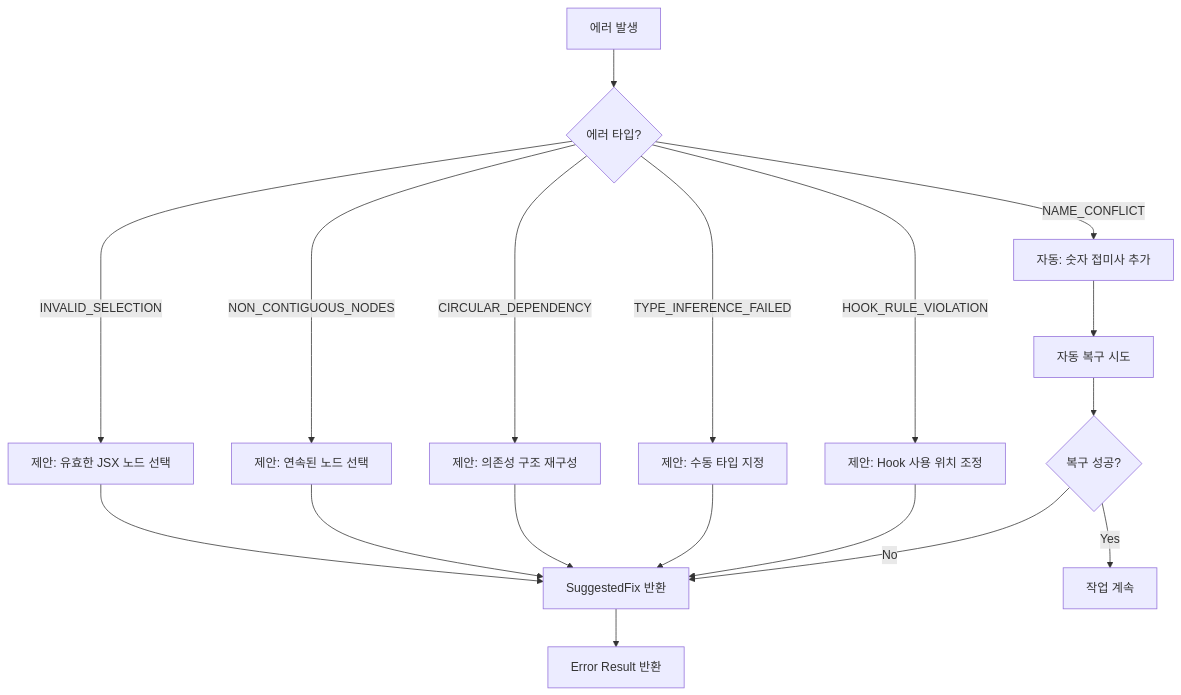
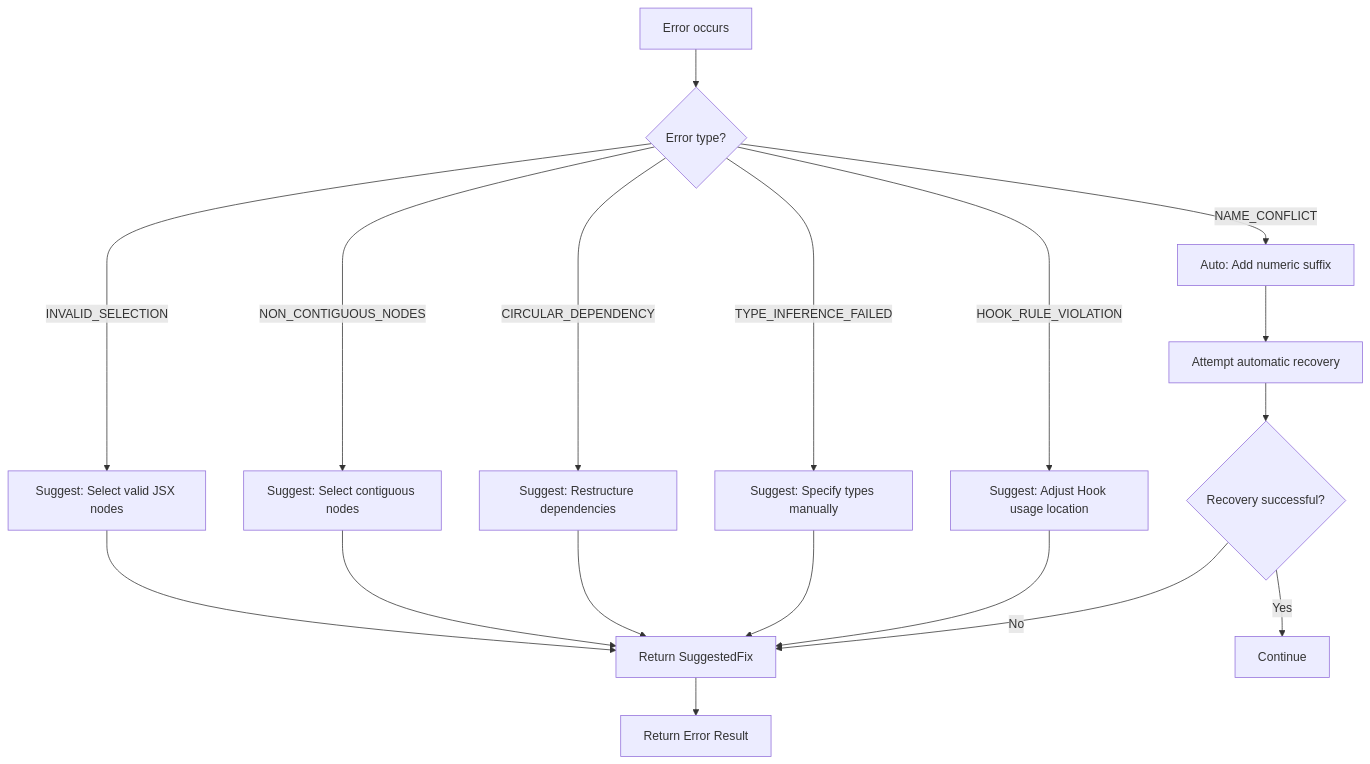
The ninth of 13 diagrams in .claude/specs/jsx-extract/design.md (wickedev/regrafter), drawn with Mermaid before and after one commit. The commit also changed other lines of this file and 86 other files, not shown here.

````diff
--- a/.claude/specs/jsx-extract/design.md
+++ b/.claude/specs/jsx-extract/design.md
@@ -888,24 +888,24 @@
 ```mermaid
 flowchart TD
-    A[에러 발생] --> B{에러 타입?}
+    A[Error occurs] --> B{Error type?}
 
-    B -->|INVALID_SELECTION| C[제안: 유효한 JSX 노드 선택]
-    B -->|NON_CONTIGUOUS_NODES| D[제안: 연속된 노드 선택]
-    B -->|CIRCULAR_DEPENDENCY| E[제안: 의존성 구조 재구성]
-    B -->|TYPE_INFERENCE_FAILED| F[제안: 수동 타입 지정]
-    B -->|NAME_CONFLICT| G[자동: 숫자 접미사 추가]
-    B -->|HOOK_RULE_VIOLATION| H[제안: Hook 사용 위치 조정]
+    B -->|INVALID_SELECTION| C[Suggest: Select valid JSX nodes]
+    B -->|NON_CONTIGUOUS_NODES| D[Suggest: Select contiguous nodes]
+    B -->|CIRCULAR_DEPENDENCY| E[Suggest: Restructure dependencies]
+    B -->|TYPE_INFERENCE_FAILED| F[Suggest: Specify types manually]
+    B -->|NAME_CONFLICT| G[Auto: Add numeric suffix]
+    B -->|HOOK_RULE_VIOLATION| H[Suggest: Adjust Hook usage location]
 
-    G --> I[자동 복구 시도]
-    C --> J[SuggestedFix 반환]
+    G --> I[Attempt automatic recovery]
+    C --> J[Return SuggestedFix]
     D --> J
     E --> J
     F --> J
     H --> J
 
-    I --> K{복구 성공?}
-    K -->|Yes| L[작업 계속]
+    I --> K{Recovery successful?}
+    K -->|Yes| L[Continue]
     K -->|No| J
 
-    J --> M[Error Result 반환]
+    J --> M[Return Error Result]
 ```
````
